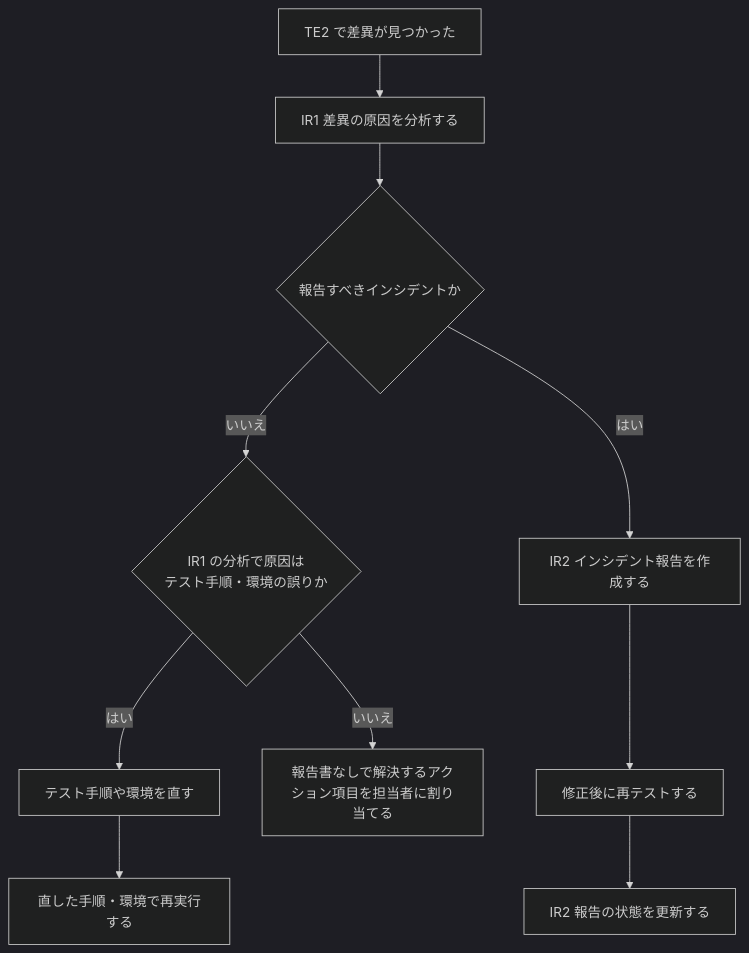
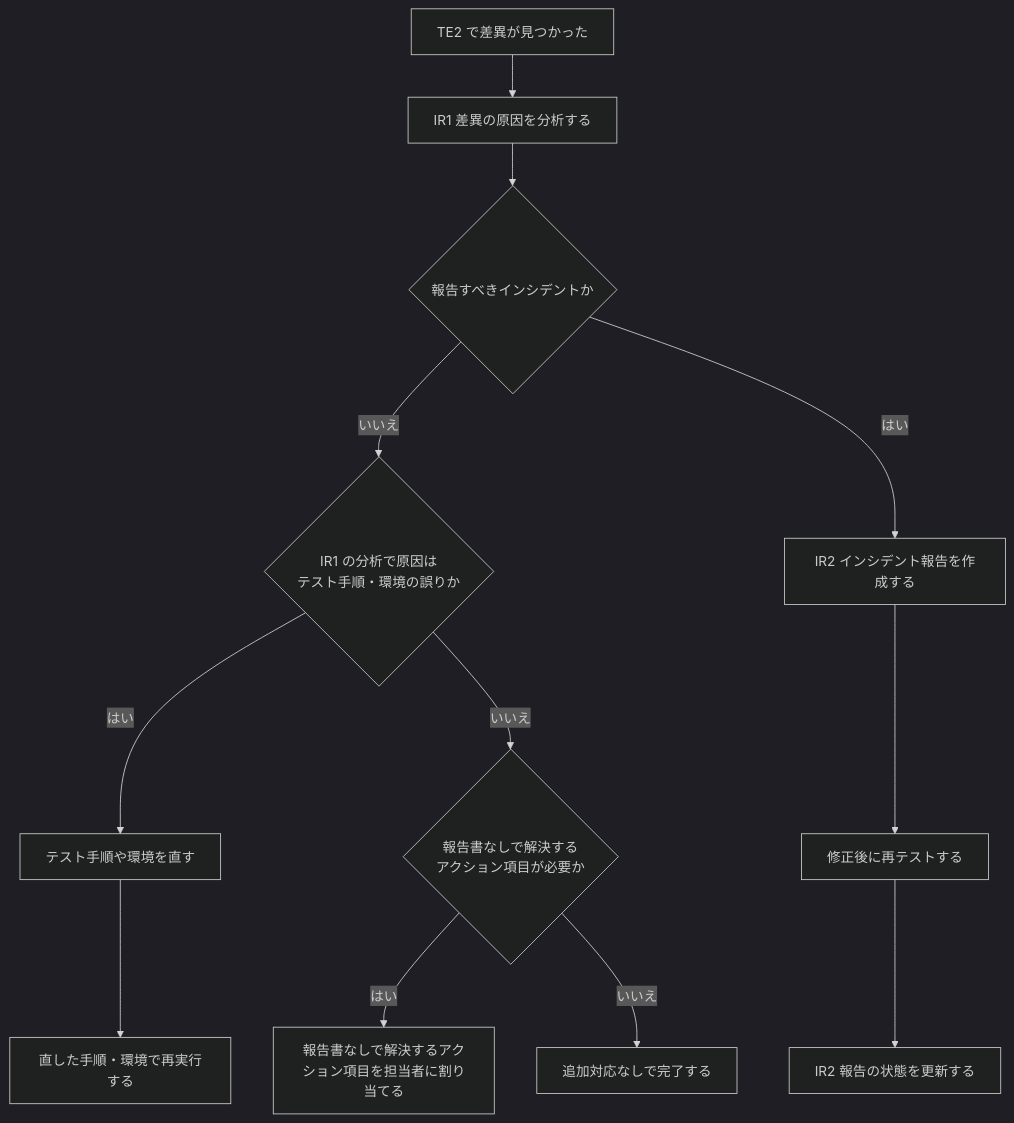
One commit to myoshi2891/Quality-Assurance-Studies changed diagram 13 of 17 in Iso-29119-2-test-processes-guide.md. Above: the diagram before and after it, drawn with Mermaid (dark theme). The commit also changed other lines of this file and 2 other files, not shown here.

Commit message:
docs(iso): refine incident resolution branching in 29119-2 and clarify 19795-1 scope in 29119-13

````diff
--- a/Iso-29119-2-test-processes-guide.md
+++ b/Iso-29119-2-test-processes-guide.md
@@ -697,22 +697,26 @@
 ```mermaid
 flowchart TD
     IC1["TE2 で差異が見つかった"]
     IC2["IR1 差異の原因を分析する"]
     IC3{"報告すべきインシデントか"}
     IC4["テスト手順や環境を直す"]
     IC5["IR2 インシデント報告を作成する"]
     IC6["修正後に再テストする"]
     IC7["IR2 報告の状態を更新する"]
     IC8["直した手順・環境で再実行する"]
     IC9["報告書なしで解決するアクション項目を担当者に割り当てる"]
     IC10{"IR1 の分析で原因は<br/>テスト手順・環境の誤りか"}
+    IC11{"報告書なしで解決する<br/>アクション項目が必要か"}
+    IC12["追加対応なしで完了する"]
     IC1 --> IC2
     IC2 --> IC3
     IC3 -->|"いいえ"| IC10
     IC10 -->|"はい"| IC4
-    IC10 -->|"いいえ"| IC9
+    IC10 -->|"いいえ"| IC11
+    IC11 -->|"はい"| IC9
+    IC11 -->|"いいえ"| IC12
     IC3 -->|"はい"| IC5
     IC4 --> IC8
     IC5 --> IC6
     IC6 --> IC7
 ```
````
